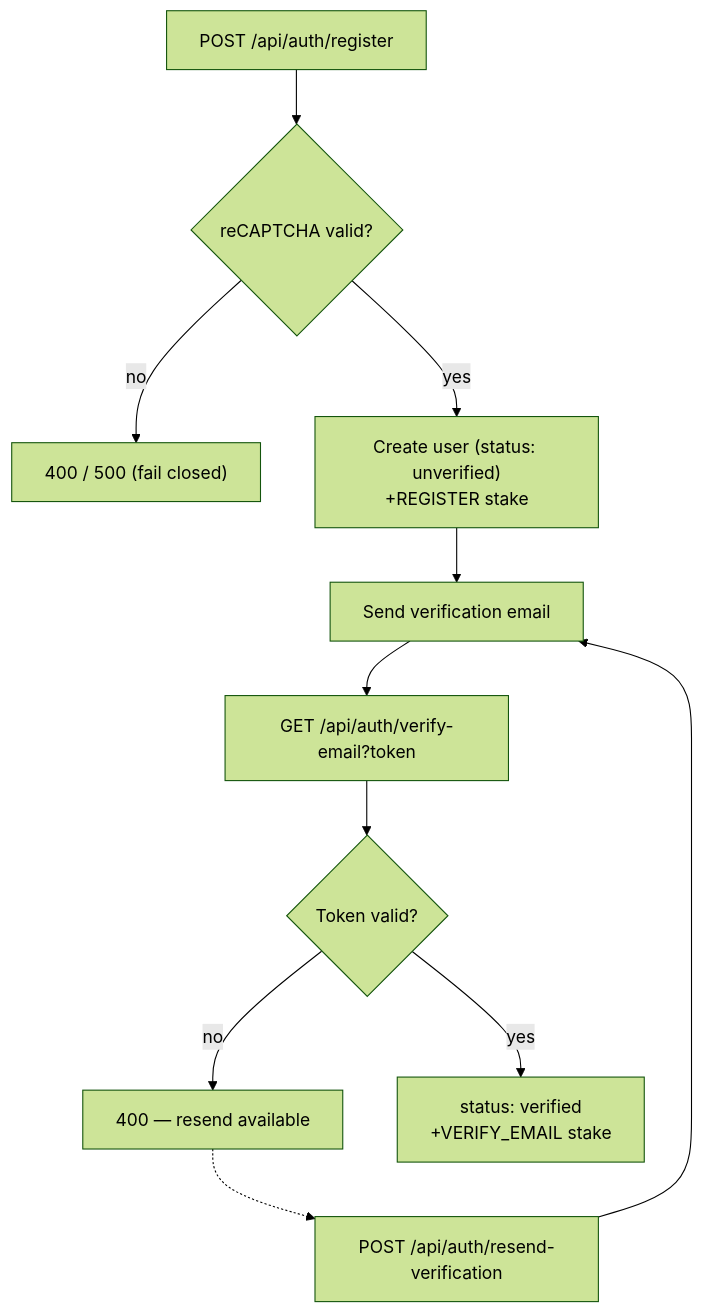
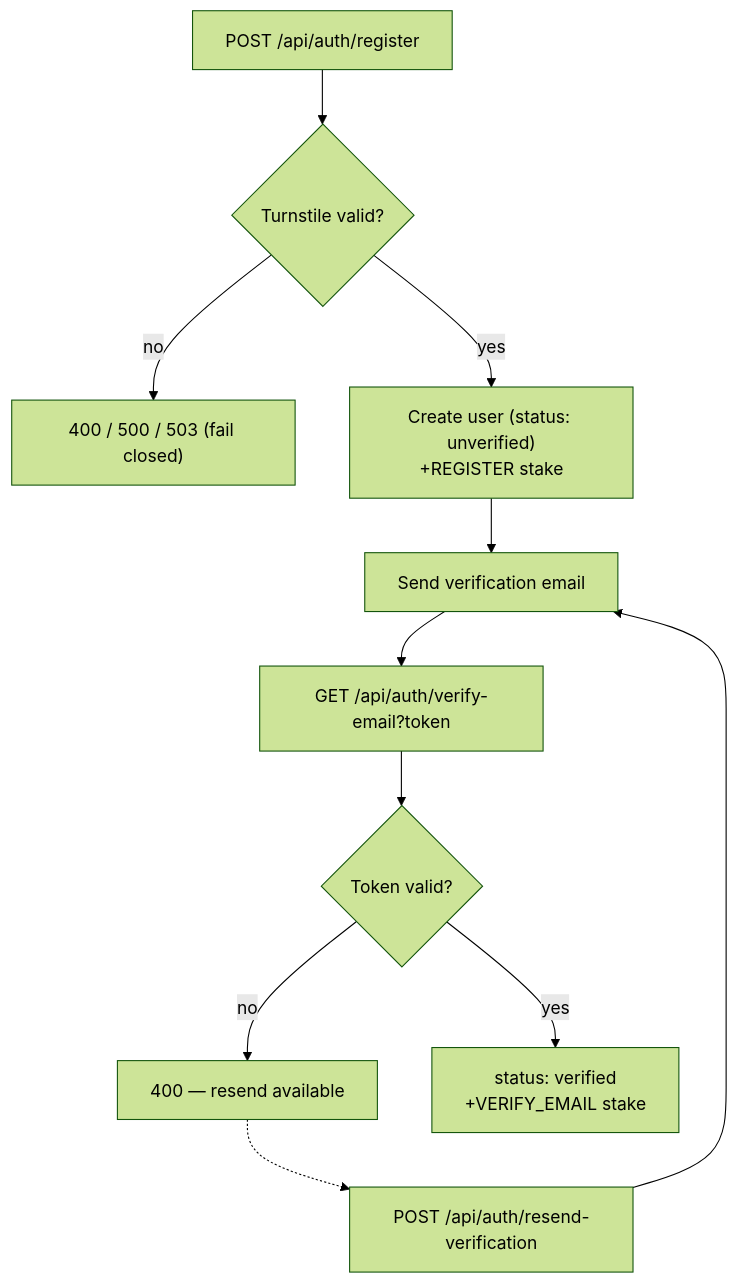
The first of 2 diagrams in lab-site/the-lab/docs/features/auth-onboarding.md (FabLab-Fort-Smith/fablab), drawn with Mermaid (forest theme) before and after one commit. The commit also changed other lines of this file and 12 other files, not shown here.

First line of the commit message:
feat(the-lab): migrate registration captcha reCAPTCHA → Cloudflare Turnstile (ADR 0015, Phase B) (#68)

````diff
--- a/lab-site/the-lab/docs/features/auth-onboarding.md
+++ b/lab-site/the-lab/docs/features/auth-onboarding.md
@@ -68,13 +68,13 @@
 ```mermaid
 flowchart TD
-  A["POST /api/auth/register"] --> B{"reCAPTCHA valid?"}
-  B -- no --> R["400 / 500 (fail closed)"]
+  A["POST /api/auth/register"] --> B{"Turnstile valid?"}
+  B -- no --> R["400 / 500 / 503 (fail closed)"]
   B -- yes --> C["Create user (status: unverified)<br/>+REGISTER stake"]
   C --> D["Send verification email"]
   D --> E["GET /api/auth/verify-email?token"]
   E --> F{"Token valid?"}
   F -- no --> G["400 — resend available"]
   F -- yes --> H["status: verified<br/>+VERIFY_EMAIL stake"]
   G -.-> I["POST /api/auth/resend-verification"]
   I --> D
 ```
````
